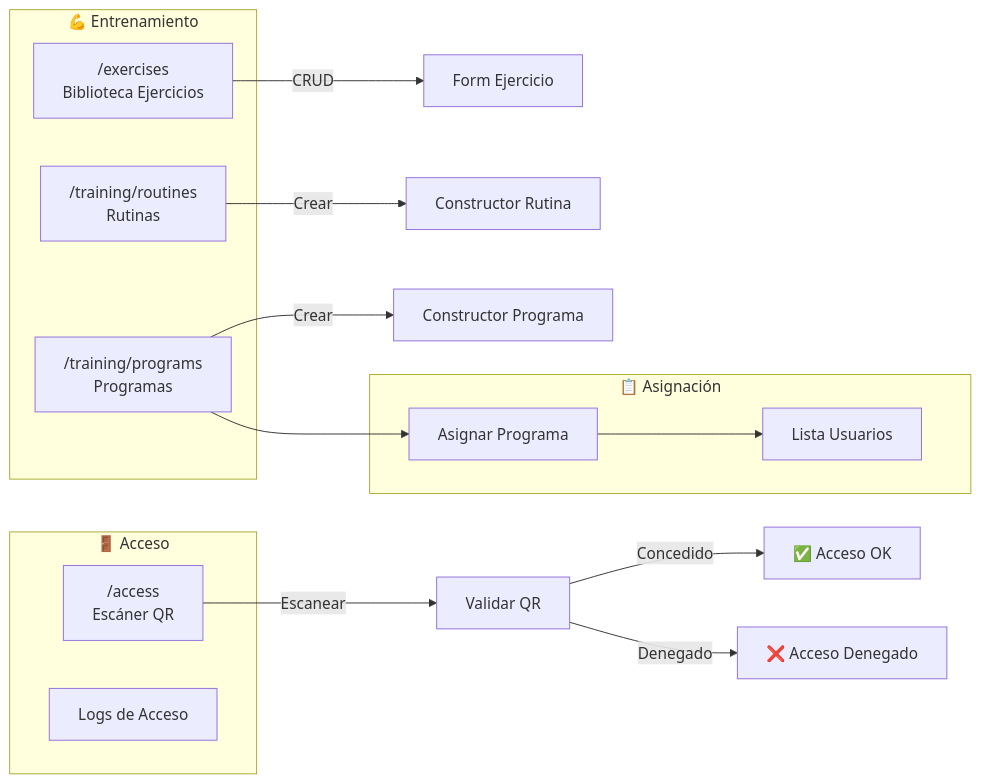
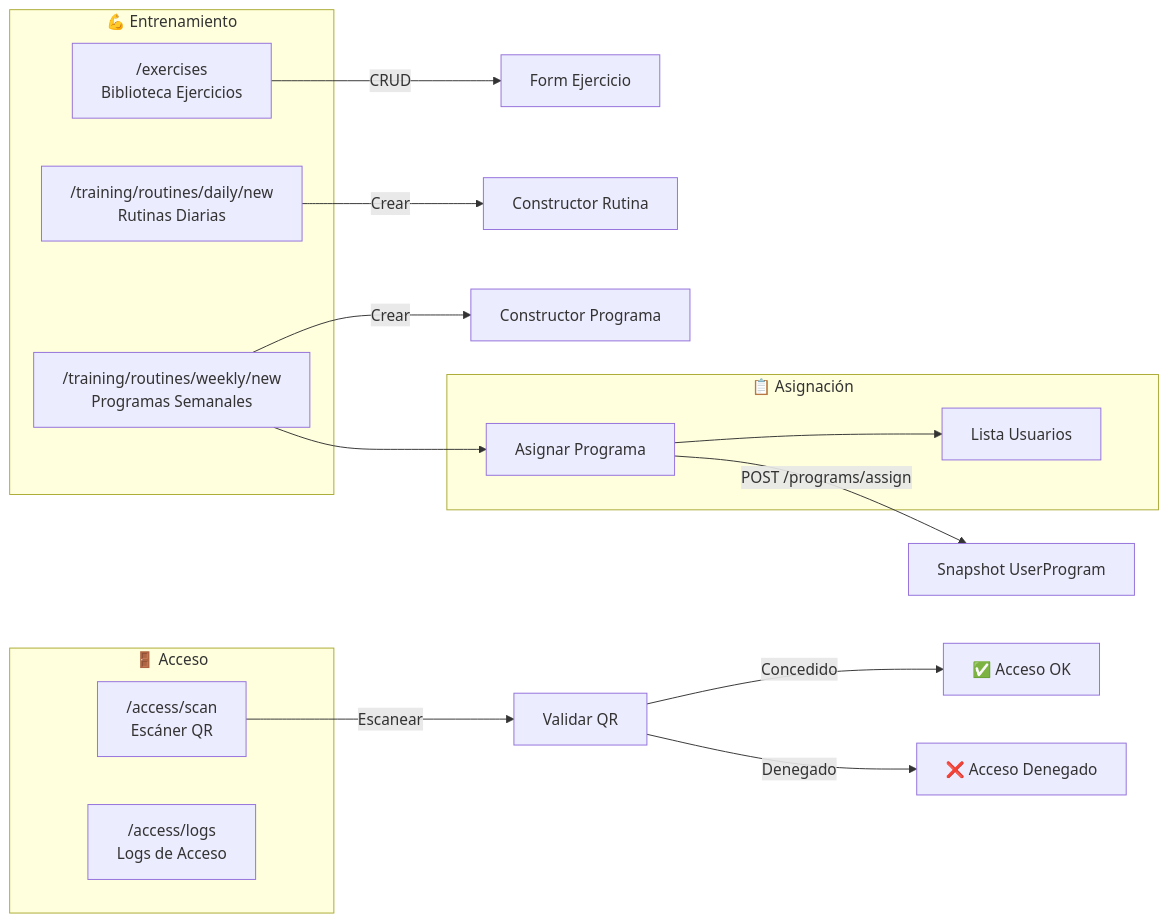
One commit to fedebracesco1990/fitflow changed the fourth of 9 diagrams in docs/USER_FLOWS.md. Above: the diagram before and after it, drawn with Mermaid. The commit also changed other lines of this file and 6 other files, not shown here.

First line of the commit message:
docs: document audit-logs and scheduler, fix data model and user flows

````diff
--- a/docs/USER_FLOWS.md
+++ b/docs/USER_FLOWS.md
@@ -140,28 +148,29 @@
 ```mermaid
 flowchart LR
     subgraph Training["💪 Entrenamiento"]
         Exercises["/exercises<br/>Biblioteca Ejercicios"]
-        Routines["/training/routines<br/>Rutinas"]
-        Programs["/training/programs<br/>Programas"]
+        Routines["/training/routines/daily/new<br/>Rutinas Diarias"]
+        Programs["/training/routines/weekly/new<br/>Programas Semanales"]
     end
 
     subgraph Asignacion["📋 Asignación"]
         Assign[Asignar Programa]
         UserList[Lista Usuarios]
     end
 
     subgraph Access["🚪 Acceso"]
-        Scanner["/access<br/>Escáner QR"]
-        Logs[Logs de Acceso]
+        Scanner["/access/scan<br/>Escáner QR"]
+        Logs["/access/logs<br/>Logs de Acceso"]
     end
 
     Exercises --> |CRUD| ExForm[Form Ejercicio]
     Routines --> |Crear| RoutineBuilder[Constructor Rutina]
     Programs --> |Crear| ProgramBuilder[Constructor Programa]
     Programs --> Assign
     Assign --> UserList
+    Assign --> |POST /programs/assign| Snapshot[Snapshot UserProgram]
 
     Scanner --> |Escanear| ValidateQR[Validar QR]
     ValidateQR --> |Concedido| GrantAccess[✅ Acceso OK]
     ValidateQR --> |Denegado| DenyAccess[❌ Acceso Denegado]
 ```
````
